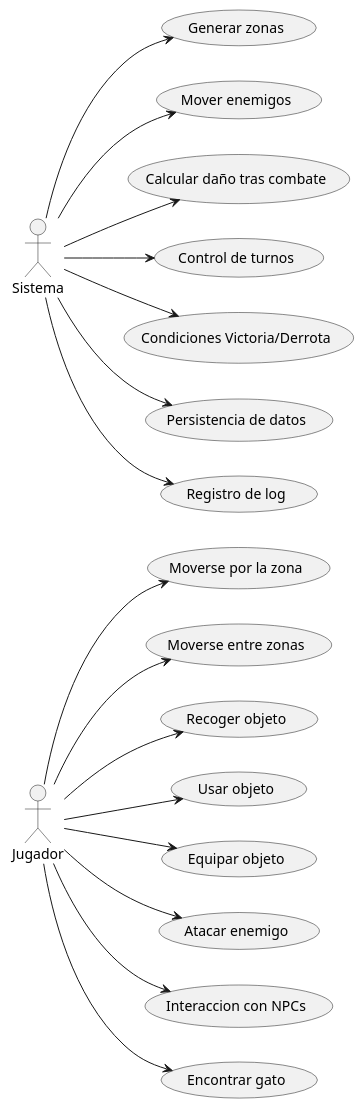
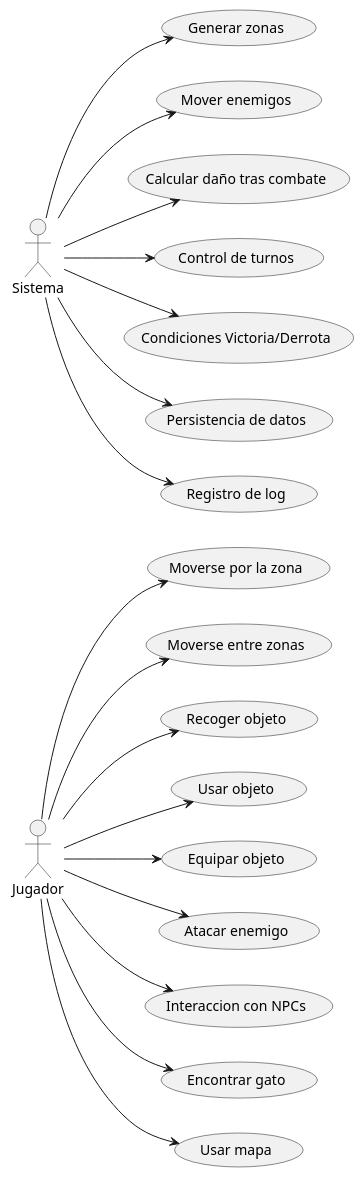
The diagram in UMLs/casos_uso.puml (isagonz3/JuegoPracticaFinal), drawn with PlantUML before and after one commit. The commit also changed 9 other files, not shown here.

```diff
--- a/UMLs/casos_uso.puml
+++ b/UMLs/casos_uso.puml
@@ -1,18 +1,19 @@
 @startuml
 left to right direction
 Jugador --> (Moverse por la zona)
 Jugador --> (Moverse entre zonas)
 Jugador --> (Recoger objeto)
 Jugador --> (Usar objeto)
 Jugador --> (Equipar objeto)
 Jugador --> (Atacar enemigo)
 Jugador --> (Interaccion con NPCs)
 Jugador --> (Encontrar gato)
+Jugador --> (Usar mapa)
 Sistema --> (Generar zonas)
 Sistema --> (Mover enemigos)
 Sistema --> (Calcular daño tras combate)
 Sistema --> (Control de turnos)
 Sistema --> (Condiciones Victoria/Derrota)
 Sistema --> (Persistencia de datos)
 Sistema --> (Registro de log)
 @enduml
```
